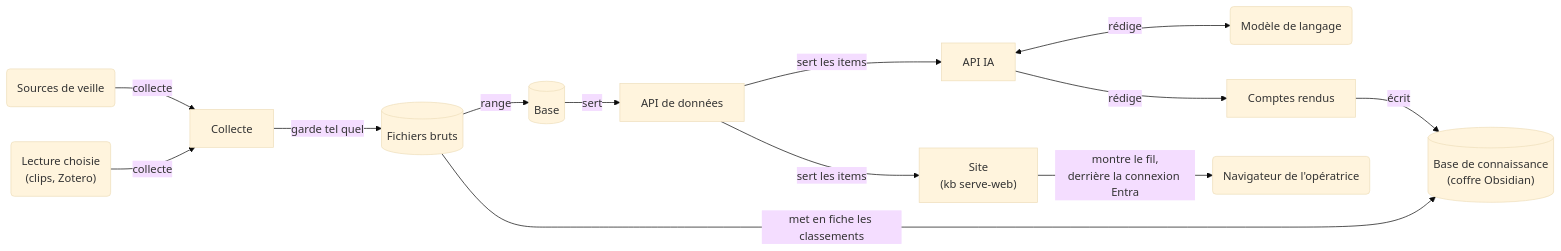
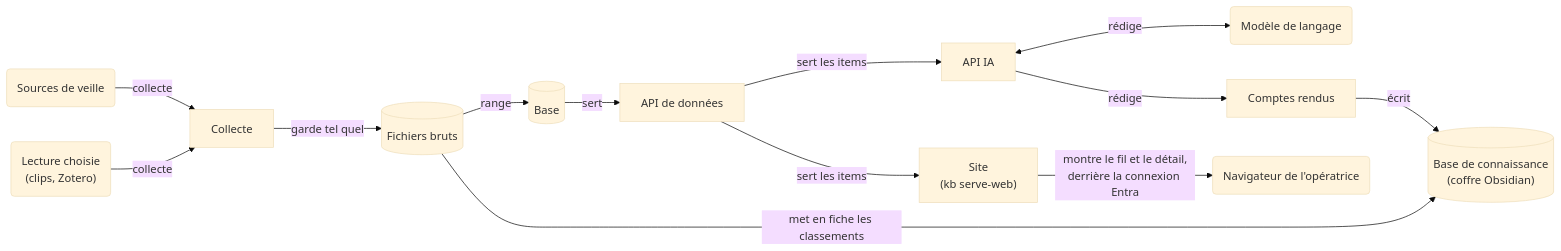
The first of 4 diagrams in documentation/architecture_pour_docu.md (SabineLaurent/K-B), drawn with Mermaid (base theme) before and after one commit. The commit also changed other lines of this file, not shown here.

Commit message:
docs: describe the site at 5bbe3ce in the architecture sheet: the feed and the detail of an item, the trends as a limit (issue 602)

````diff
--- a/documentation/architecture_pour_docu.md
+++ b/documentation/architecture_pour_docu.md
@@ -28,27 +28,27 @@
 ```mermaid
 flowchart LR
     sources("Sources de veille")
     choice("Lecture choisie<br>(clips, Zotero)")
     collect["Collecte"]
     raw[("Fichiers bruts")]
     base[("Base")]
     dataApi["API de données"]
     aiApi["API IA"]
     model("Modèle de langage")
     reports["Comptes rendus"]
     vault[("Base de connaissance<br>(coffre Obsidian)")]
     web["Site<br>(kb serve-web)"]
     browser("Navigateur de l'opératrice")
     sources -->|"collecte"| collect
     choice -->|"collecte"| collect
     collect -->|"garde tel quel"| raw
     raw -->|"range"| base
     raw -->|"met en fiche les classements"| vault
     base -->|"sert"| dataApi
     dataApi -->|"sert les items"| aiApi
     aiApi <-->|"rédige"| model
     aiApi -->|"rédige"| reports
     reports -->|"écrit"| vault
     dataApi -->|"sert les items"| web
-    web -->|"montre le fil,<br>derrière la connexion Entra"| browser
+    web -->|"montre le fil et le détail,<br>derrière la connexion Entra"| browser
 ```
````
